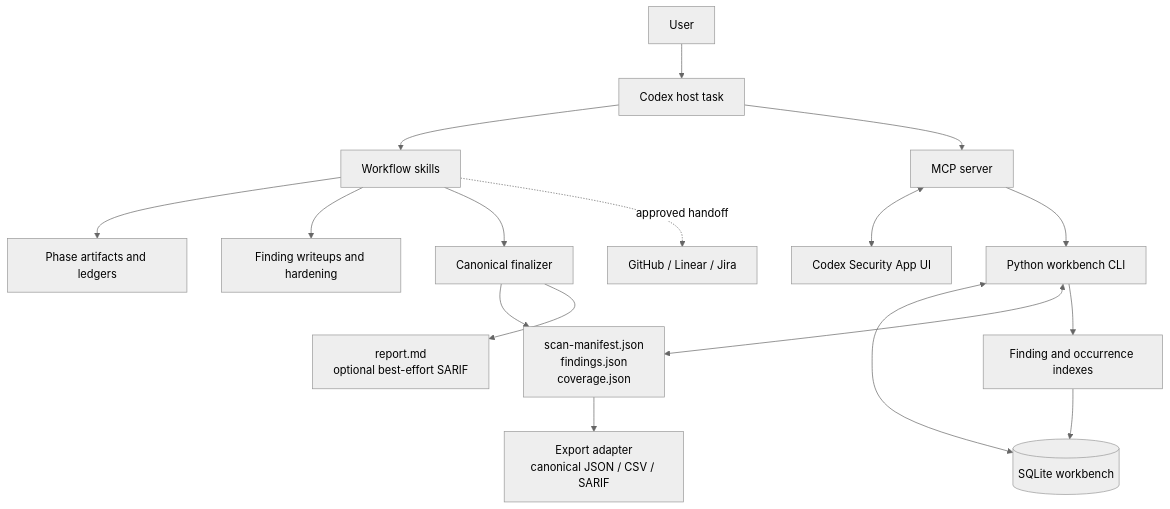
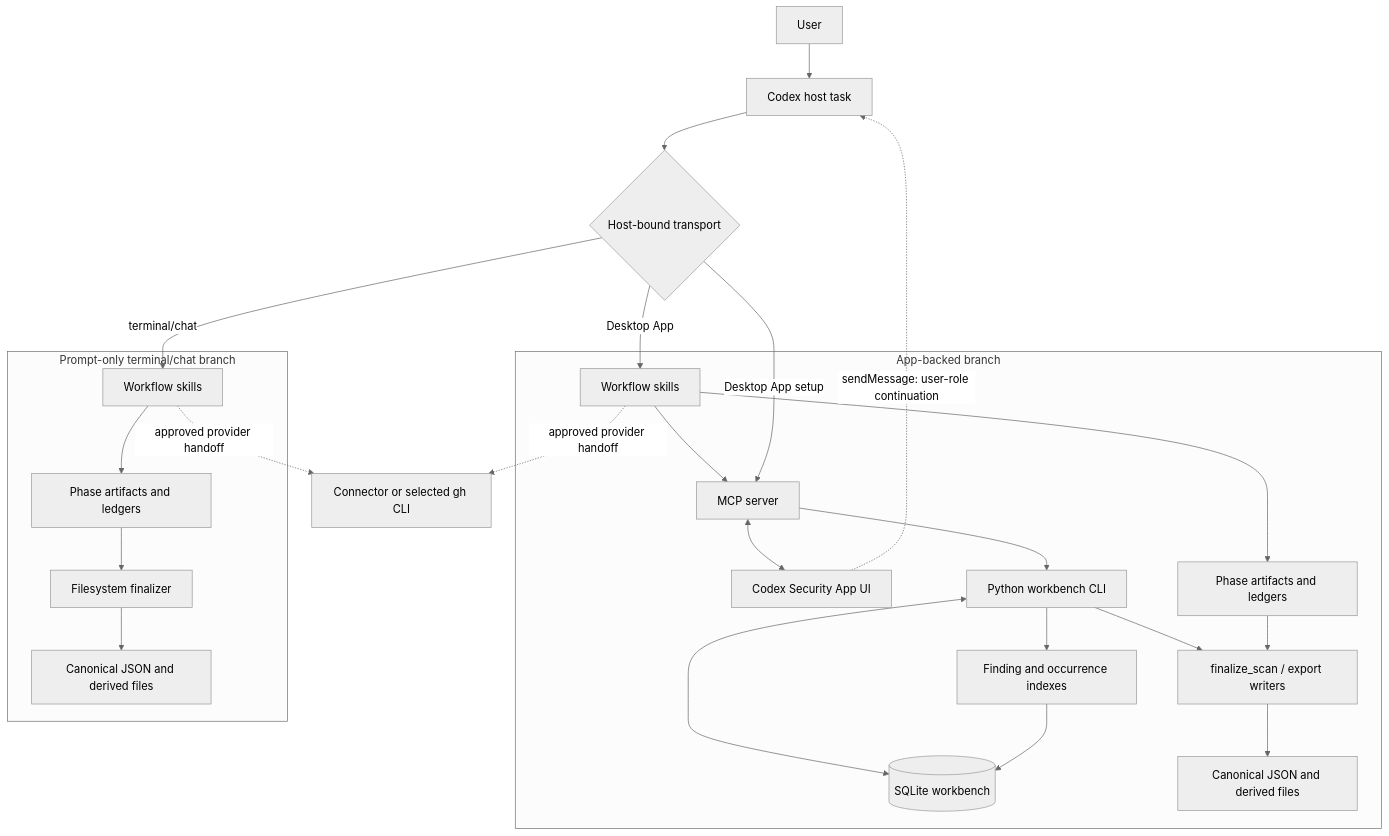
Before and after one commit to shblue21/kiro-security: the first of 6 diagrams in docs/codex-security-plugin-0.1.11-architecture.md, drawn with Mermaid (neutral theme). The commit also changed other lines of this file, not shown here.

````diff
--- a/docs/codex-security-plugin-0.1.11-architecture.md
+++ b/docs/codex-security-plugin-0.1.11-architecture.md
@@ -38,19 +43,33 @@
 ```mermaid
 flowchart TB
     U["User"] --> H["Codex host task"]
-    H --> S["Workflow skills"]
-    H --> M["MCP server"]
-    M <--> A["Codex Security App UI"]
-    M --> W["Python workbench CLI"]
-    W <--> D[("SQLite workbench")]
-    S --> P["Phase artifacts and ledgers"]
-    S --> Q["Finding writeups and hardening"]
-    S --> F["Canonical finalizer"]
-    F --> C["scan-manifest.json<br/>findings.json<br/>coverage.json"]
-    F --> R["report.md<br/>optional best-effort SARIF"]
-    C --> E["Export adapter<br/>canonical JSON / CSV / SARIF"]
-    W <--> C
-    W --> I["Finding and occurrence indexes"]
-    I --> D
-    S -. approved handoff .-> X["GitHub / Linear / Jira"]
+    H --> T{"Host-bound transport"}
+
+    subgraph APP["App-backed branch"]
+        SA["Workflow skills"]
+        M["MCP server"] <--> A["Codex Security App UI"]
+        M --> W["Python workbench CLI"]
+        W <--> D[("SQLite workbench")]
+        W --> F1["finalize_scan / export writers"]
+        SA --> P1["Phase artifacts and ledgers"]
+        P1 --> F1
+        SA --> M
+        W --> I["Finding and occurrence indexes"]
+        I --> D
+        F1 --> C1["Canonical JSON and derived files"]
+    end
+
+    subgraph CLI["Prompt-only terminal/chat branch"]
+        ST["Workflow skills"]
+        ST --> P2["Phase artifacts and ledgers"]
+        P2 --> F2["Filesystem finalizer"]
+        F2 --> C2["Canonical JSON and derived files"]
+    end
+
+    T -- "Desktop App" --> SA
+    T -- "Desktop App setup" --> M
+    T -- "terminal/chat" --> ST
+    A -. "sendMessage: user-role continuation" .-> H
+    SA -. "approved provider handoff" .-> X["Connector or selected gh CLI"]
+    ST -. "approved provider handoff" .-> X
 ```
````
